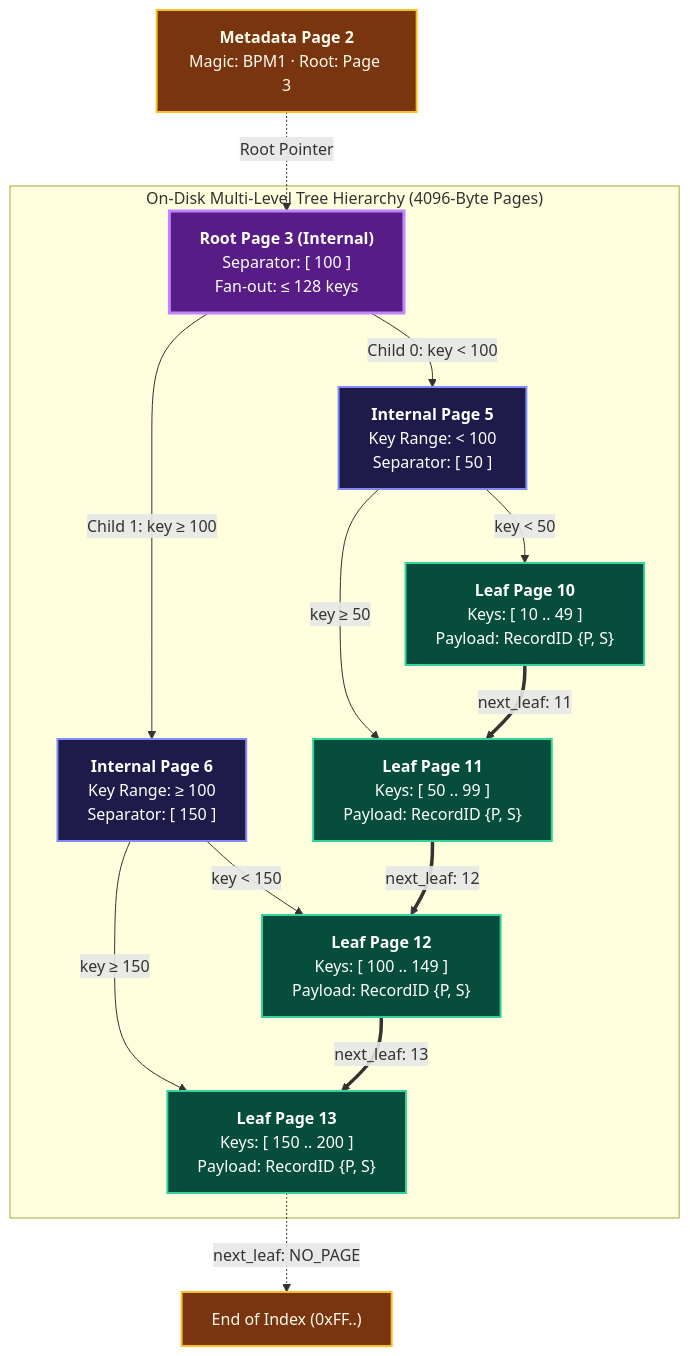
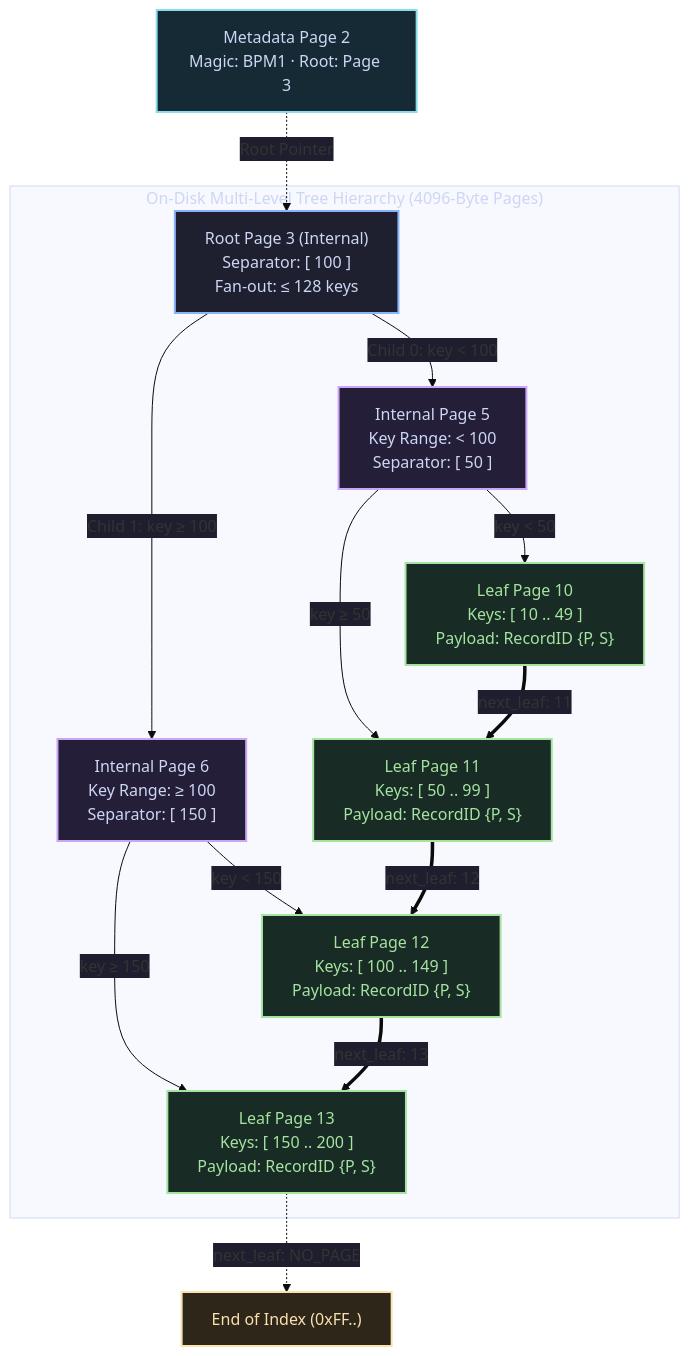
Before and after one commit to KAAZamapiloT/QUARTZ_DB: the first of 3 diagrams in docs/architecture/bplus-tree.md, drawn with Mermaid. The commit also changed other lines of this file and 18 other files, not shown here.

````diff
--- a/docs/architecture/bplus-tree.md
+++ b/docs/architecture/bplus-tree.md
@@ -16,35 +16,38 @@
 ```mermaid
+%%{init: {'theme': 'base', 'themeVariables': {'edgeLabelBackground': '#1e1e2e', 'tertiaryTextColor': '#cdd6f4'}}}%%
 flowchart TD
-    classDef meta fill:#78350f,stroke:#fbbf24,stroke-width:2px,color:#fffbeb;
-    classDef rootNode fill:#581c87,stroke:#c084fc,stroke-width:3px,color:#ffffff;
-    classDef intNode fill:#1e1b4b,stroke:#818cf8,stroke-width:2px,color:#ffffff;
-    classDef leafNode fill:#064e3b,stroke:#34d399,stroke-width:2px,color:#ffffff;
+    classDef entry fill:#1e2030,stroke:#89b4fa,stroke-width:2px,color:#cdd6f4;
+    classDef guard fill:#2e2619,stroke:#f9e2af,stroke-width:2px,color:#f9e2af;
+    classDef success fill:#182c25,stroke:#a6e3a1,stroke-width:2px,color:#a6e3a1;
+    classDef error fill:#331c24,stroke:#f38ba8,stroke-width:2px,color:#f38ba8;
+    classDef disk fill:#241e38,stroke:#cba6f7,stroke-width:2px,color:#cdd6f4;
+    classDef shared fill:#162a35,stroke:#89dceb,stroke-width:2px,color:#cdd6f4;
 
-    Meta["<b>Metadata Page 2</b><br>Magic: BPM1 · Root: Page 3"]:::meta
+    Meta["Metadata Page 2<br/>Magic: BPM1 · Root: Page 3"]:::shared
     Meta -.->|Root Pointer| Root
 
     subgraph Hierarchy ["On-Disk Multi-Level Tree Hierarchy (4096-Byte Pages)"]
-        Root["<b>Root Page 3 (Internal)</b><br>Separator: [ 100 ]<br>Fan-out: &le; 128 keys"]:::rootNode
+        Root["Root Page 3 (Internal)<br/>Separator: [ 100 ]<br/>Fan-out: &le; 128 keys"]:::entry
 
-        IntL["<b>Internal Page 5</b><br>Key Range: &lt; 100<br>Separator: [ 50 ]"]:::intNode
-        IntR["<b>Internal Page 6</b><br>Key Range: &ge; 100<br>Separator: [ 150 ]"]:::intNode
+        IntL["Internal Page 5<br/>Key Range: &lt; 100<br/>Separator: [ 50 ]"]:::disk
+        IntR["Internal Page 6<br/>Key Range: &ge; 100<br/>Separator: [ 150 ]"]:::disk
 
         Root -->|Child 0: key &lt; 100| IntL
         Root -->|Child 1: key &ge; 100| IntR
 
-        L1["<b>Leaf Page 10</b><br>Keys: [ 10 .. 49 ]<br>Payload: RecordID {P, S}"]:::leafNode
-        L2["<b>Leaf Page 11</b><br>Keys: [ 50 .. 99 ]<br>Payload: RecordID {P, S}"]:::leafNode
-        L3["<b>Leaf Page 12</b><br>Keys: [ 100 .. 149 ]<br>Payload: RecordID {P, S}"]:::leafNode
-        L4["<b>Leaf Page 13</b><br>Keys: [ 150 .. 200 ]<br>Payload: RecordID {P, S}"]:::leafNode
+        L1["Leaf Page 10<br/>Keys: [ 10 .. 49 ]<br/>Payload: RecordID {P, S}"]:::success
+        L2["Leaf Page 11<br/>Keys: [ 50 .. 99 ]<br/>Payload: RecordID {P, S}"]:::success
+        L3["Leaf Page 12<br/>Keys: [ 100 .. 149 ]<br/>Payload: RecordID {P, S}"]:::success
+        L4["Leaf Page 13<br/>Keys: [ 150 .. 200 ]<br/>Payload: RecordID {P, S}"]:::success
 
         IntL -->|key &lt; 50| L1
         IntL -->|key &ge; 50| L2
         IntR -->|key &lt; 150| L3
         IntR -->|key &ge; 150| L4
     end
 
     L1 ==>|next_leaf: 11| L2
     L2 ==>|next_leaf: 12| L3
     L3 ==>|next_leaf: 13| L4
-    L4 -.->|next_leaf: NO_PAGE| Term["End of Index (0xFF..)"]:::meta
+    L4 -.->|next_leaf: NO_PAGE| Term["End of Index (0xFF..)"]:::guard
 ```
````
